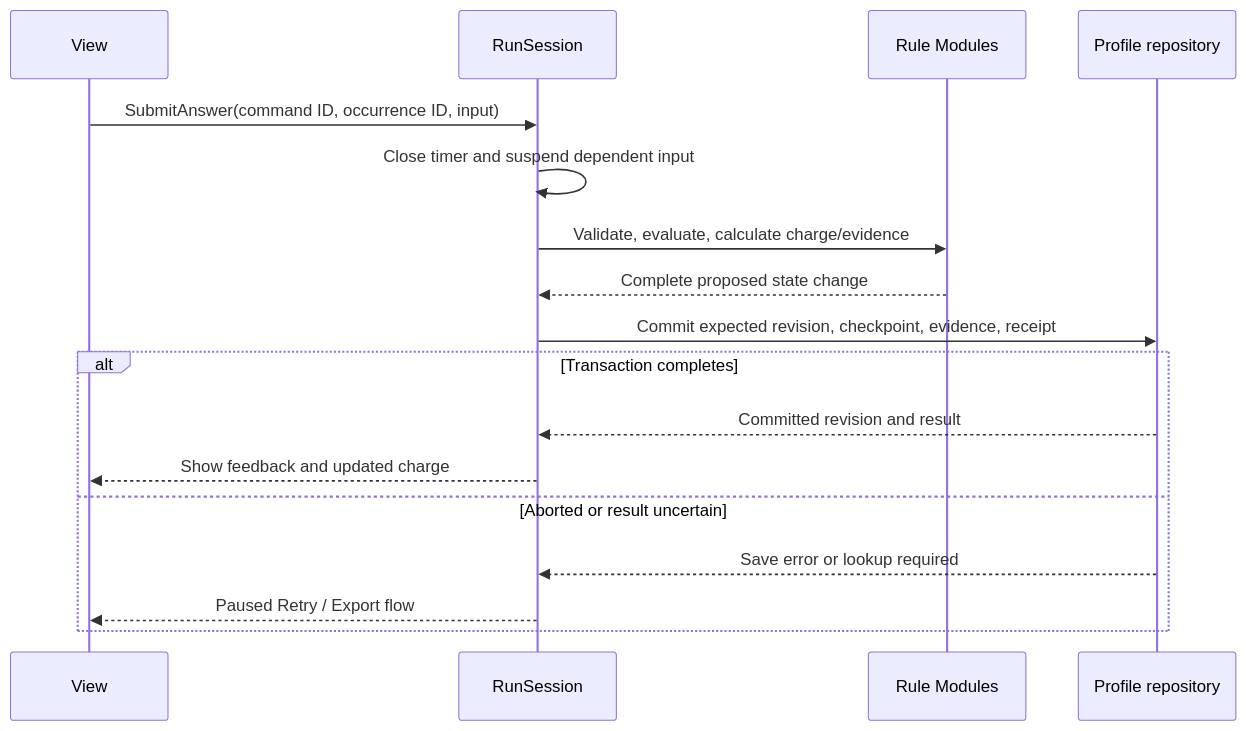
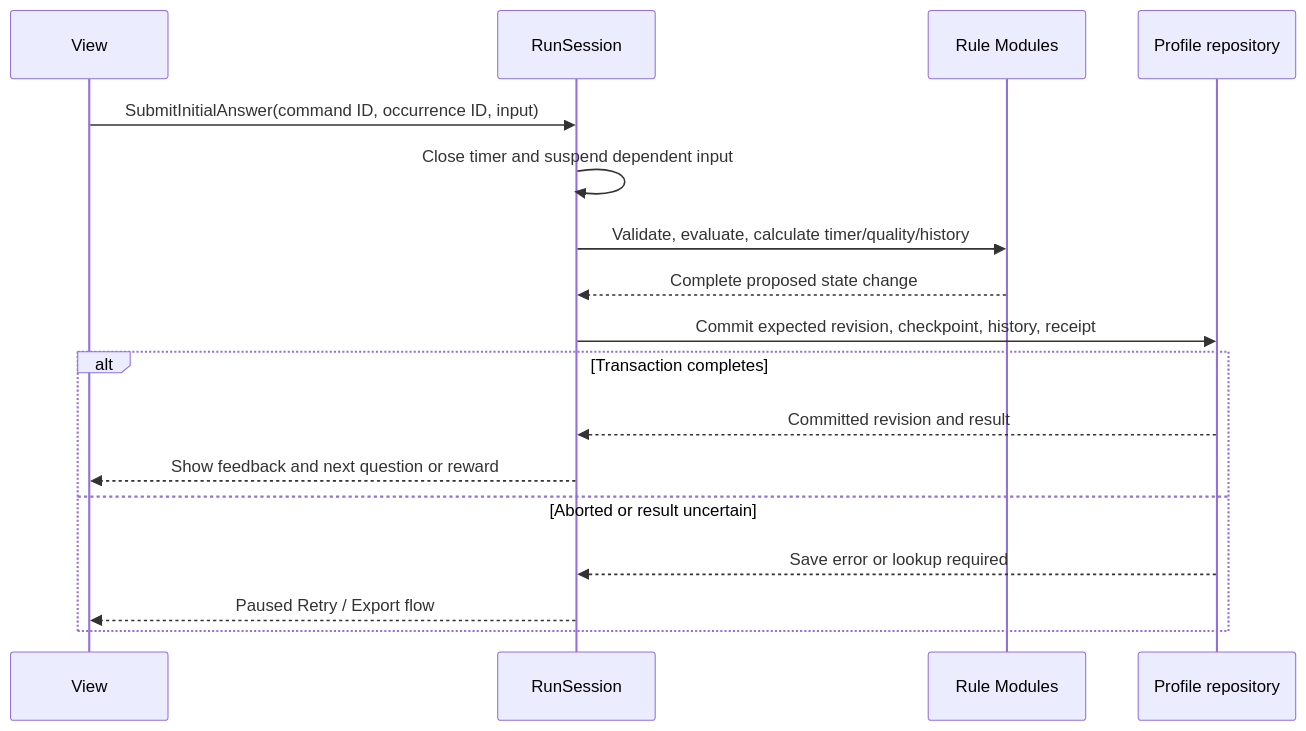
One commit to hyetigran/math_on_mars changed the third of 3 diagrams in docs/ARCHITECTURE.md. Above: the diagram before and after it, drawn with Mermaid. The commit also changed other lines of this file and 13 other files, not shown here.

````diff
--- a/docs/ARCHITECTURE.md
+++ b/docs/ARCHITECTURE.md
@@ -244,19 +222,19 @@
 ```mermaid
 sequenceDiagram
     participant UI as View
     participant S as RunSession
     participant D as Rule Modules
     participant R as Profile repository
-    UI->>S: SubmitAnswer(command ID, occurrence ID, input)
+    UI->>S: SubmitInitialAnswer(command ID, occurrence ID, input)
     S->>S: Close timer and suspend dependent input
-    S->>D: Validate, evaluate, calculate charge/evidence
+    S->>D: Validate, evaluate, calculate timer/quality/history
     D-->>S: Complete proposed state change
-    S->>R: Commit expected revision, checkpoint, evidence, receipt
+    S->>R: Commit expected revision, checkpoint, history, receipt
     alt Transaction completes
         R-->>S: Committed revision and result
-        S-->>UI: Show feedback and updated charge
+        S-->>UI: Show feedback and next question or reward
     else Aborted or result uncertain
         R-->>S: Save error or lookup required
         S-->>UI: Paused Retry / Export flow
     end
 ```
````
